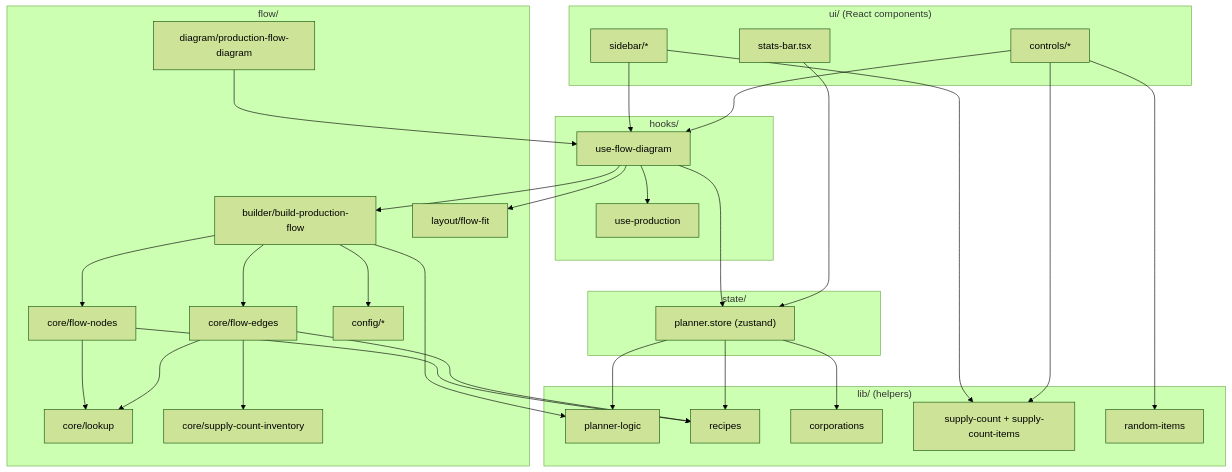
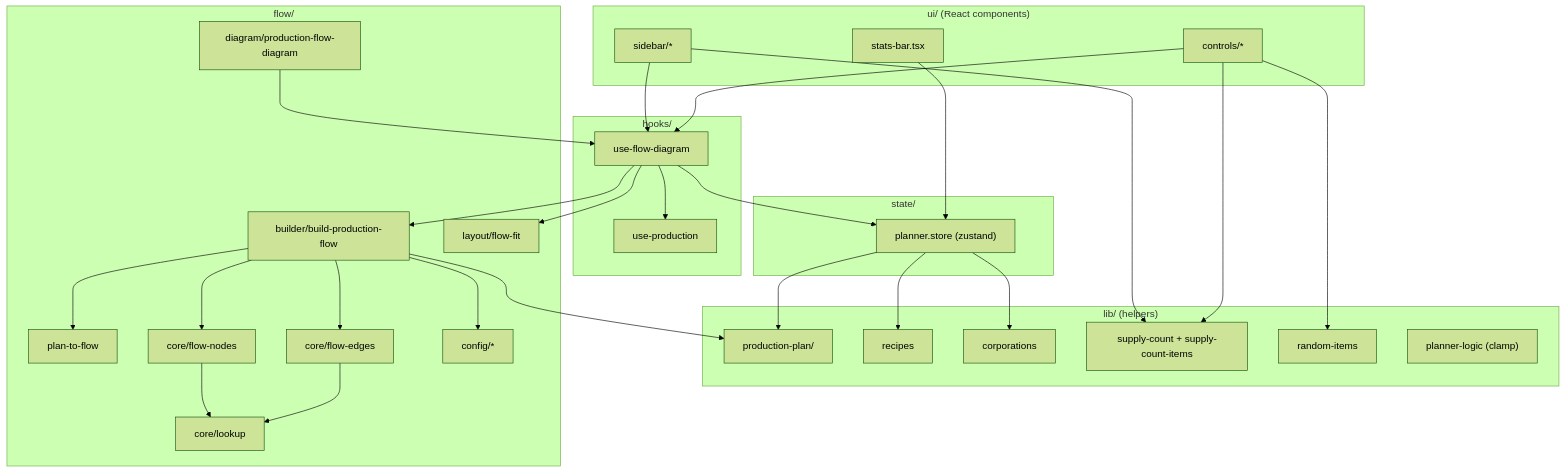
The first of 2 diagrams in src/features/planner/README.md (javiluli/starrupture-planner), drawn with Mermaid (forest theme) before and after one commit. The commit also changed other lines of this file and 32 other files, not shown here.

Commit message:
Refactor planner flow and production plan

````diff
--- a/src/features/planner/README.md
+++ b/src/features/planner/README.md
@@ -29,70 +33,68 @@
 ```mermaid
 flowchart TD
   %% ===== UI =====
   subgraph UI["ui/ (React components)"]
     UIControls["controls/*"]
     UISidebar["sidebar/*"]
     UIStats["stats-bar.tsx"]
   end
 
   %% ===== Hooks =====
   subgraph Hooks["hooks/"]
     UseFlow["use-flow-diagram"]
     UseProd["use-production"]
   end
 
   %% ===== State =====
   subgraph State["state/"]
     PlannerStore["planner.store (zustand)"]
   end
 
   %% ===== Lib =====
   subgraph Lib["lib/ (helpers)"]
-    Logic["planner-logic"]
+    Plan["production-plan/"]
     Recipes["recipes"]
     Corps["corporations"]
     SupplyLib["supply-count + supply-count-items"]
     Random["random-items"]
+    Logic["planner-logic (clamp)"]
   end
 
   %% ===== Flow =====
   subgraph Flow["flow/"]
     Builder["builder/build-production-flow"]
+    PlanToFlow["plan-to-flow"]
     CoreEdges["core/flow-edges"]
     CoreNodes["core/flow-nodes"]
     CoreLookup["core/lookup"]
-    CoreSupply["core/supply-count-inventory"]
     Layout["layout/flow-fit"]
     Diagram["diagram/production-flow-diagram"]
     Config["config/*"]
   end
 
   UIControls --> UseFlow
   UISidebar --> UseFlow
   UIStats --> PlannerStore
   Diagram --> UseFlow
   UseFlow --> UseProd
   UseFlow --> PlannerStore
   UseFlow --> Builder
   UseFlow --> Layout
 
-  PlannerStore --> Logic
+  PlannerStore --> Plan
   PlannerStore --> Recipes
   PlannerStore --> Corps
 
-  Builder --> Logic
+  Builder --> Plan
+  Builder --> PlanToFlow
   Builder --> CoreEdges
   Builder --> CoreNodes
   Builder --> Config
 
-  CoreEdges --> CoreSupply
   CoreEdges --> CoreLookup
-  CoreEdges --> Recipes
-
   CoreNodes --> CoreLookup
-  CoreNodes --> Recipes
 
   UIControls --> SupplyLib
   UISidebar --> SupplyLib
   UIControls --> Random
 ```
````
